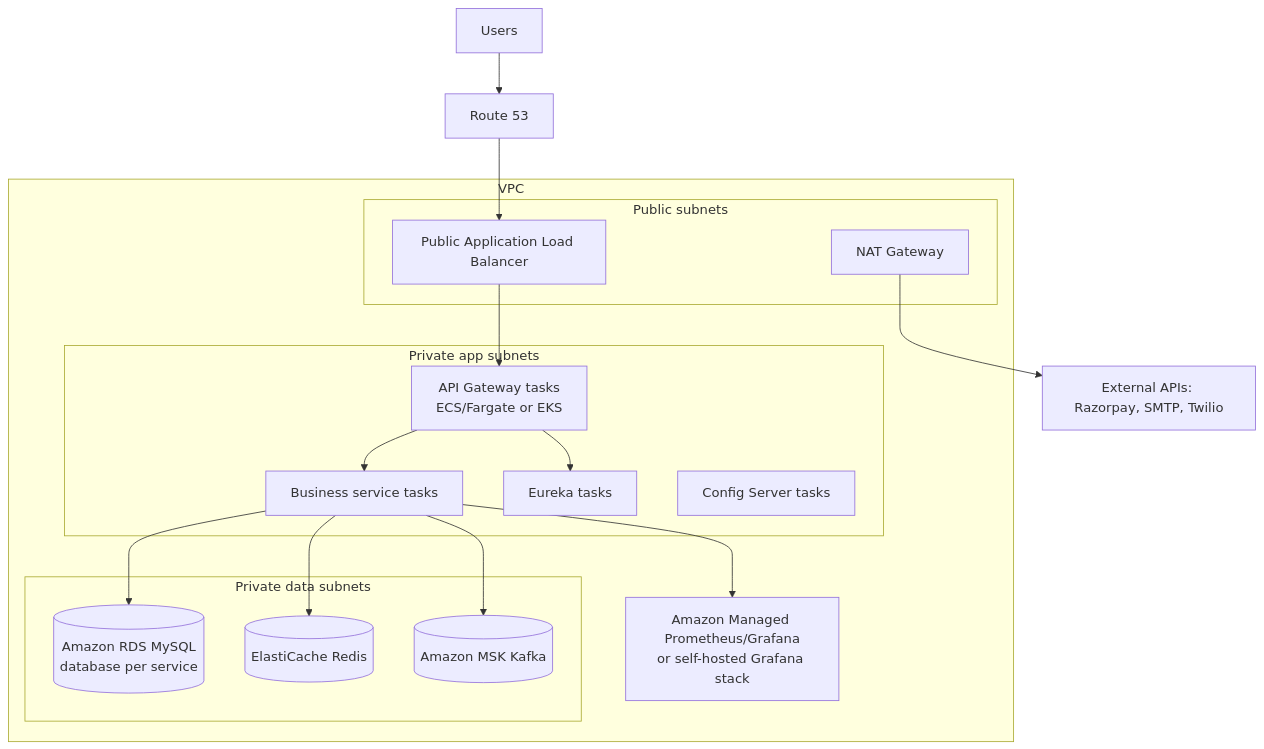
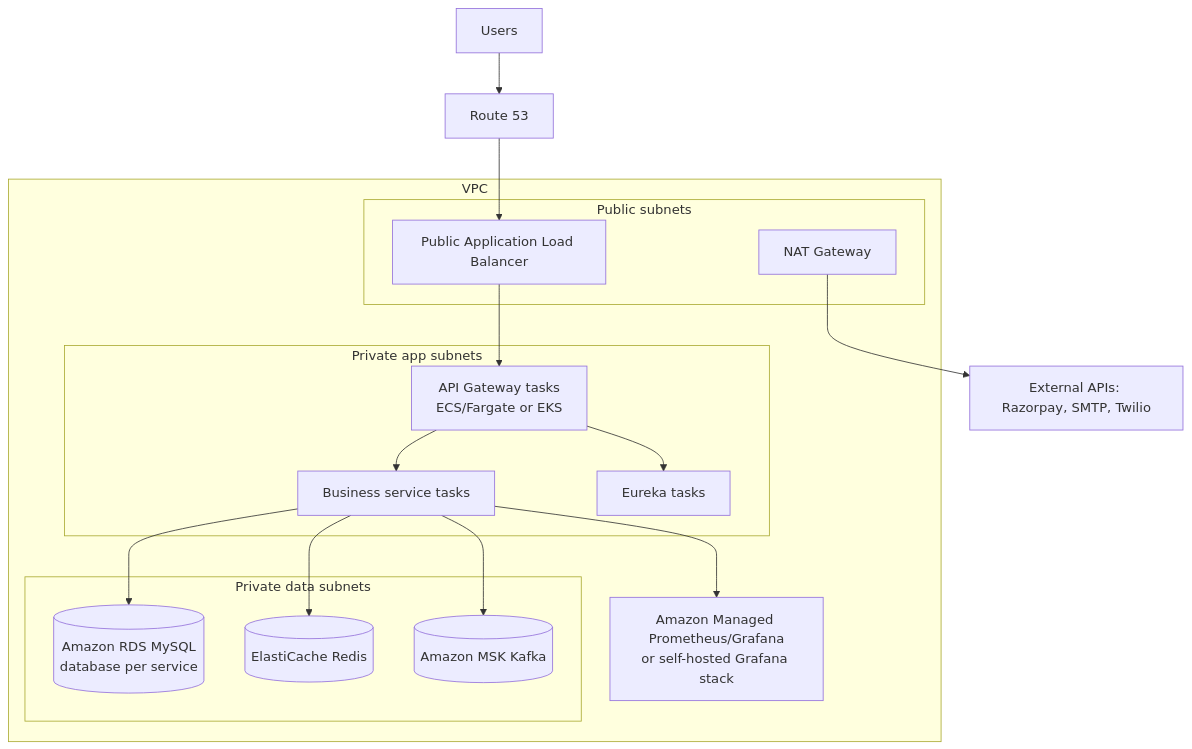
One commit to NikhilTiwari29/travelsphere changed the eighth of 8 diagrams in docs/architecture.md. Above: the diagram before and after it, drawn with Mermaid. The commit also changed other lines of this file and 5 other files, not shown here.

Commit message:
added aws architecture diagram

````diff
--- a/docs/architecture.md
+++ b/docs/architecture.md
@@ -219,33 +218,32 @@
 ```mermaid
 flowchart TB
   Users[Users] --> DNS[Route 53]
   DNS --> ALB[Public Application Load Balancer]
   ALB --> APIGW[API Gateway tasks<br/>ECS/Fargate or EKS]
 
   subgraph VPC[VPC]
     subgraph Public[Public subnets]
       ALB
       NAT[NAT Gateway]
     end
     subgraph Private[Private app subnets]
       APIGW
       Services[Business service tasks]
       Eureka[Eureka tasks]
-      Config[Config Server tasks]
     end
     subgraph Data[Private data subnets]
       RDS[(Amazon RDS MySQL<br/>database per service)]
       Redis[(ElastiCache Redis)]
       MSK[(Amazon MSK Kafka)]
     end
     Observability[Amazon Managed Prometheus/Grafana<br/>or self-hosted Grafana stack]
   end
 
   APIGW --> Eureka
   APIGW --> Services
   Services --> RDS
   Services --> Redis
   Services --> MSK
   Services --> Observability
   NAT --> Internet[External APIs: Razorpay, SMTP, Twilio]
 ```
````
